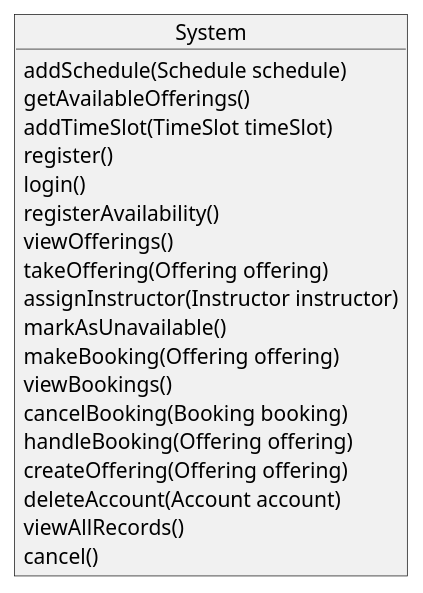
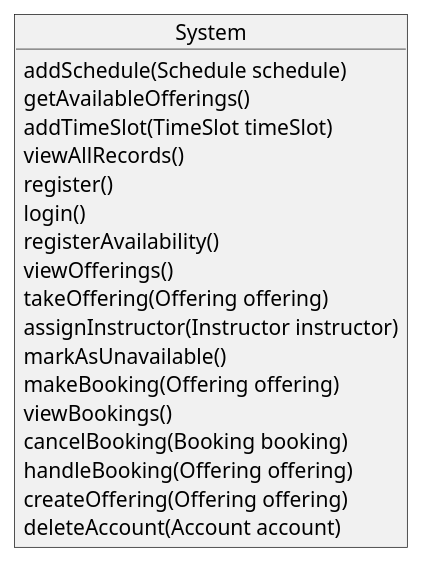
One commit to FrancoDominguez/SOEN342-project changed the diagram in Documentation/SystemOperations.plantUML. Above: the diagram before and after it, drawn with PlantUML.

Commit message:
commented out some methods for iteration 3

```diff
--- a/Documentation/SystemOperations.plantUML
+++ b/Documentation/SystemOperations.plantUML
@@ -1,24 +1,25 @@
 @startuml SystemOperations
 
 object System {
     addSchedule(Schedule schedule)
     getAvailableOfferings()
     addTimeSlot(TimeSlot timeSlot)
+    viewAllRecords()
     register()
     login()
     registerAvailability()
     viewOfferings()
     takeOffering(Offering offering)
     assignInstructor(Instructor instructor)
     markAsUnavailable()
     makeBooking(Offering offering)
     viewBookings()
     cancelBooking(Booking booking)
     handleBooking(Offering offering)
     createOffering(Offering offering)
     deleteAccount(Account account)
-    viewAllRecords()
-    cancel()
+    
+    'cancel()'
 }
 
 @enduml
```
